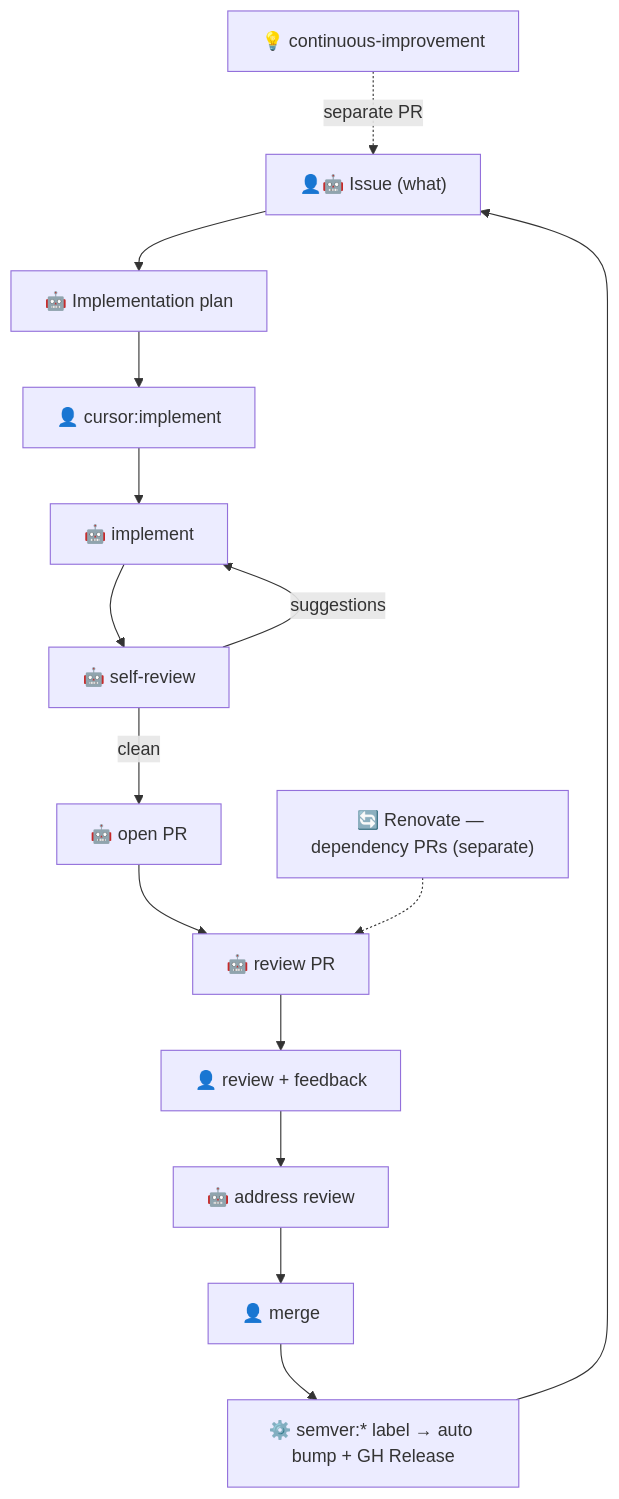
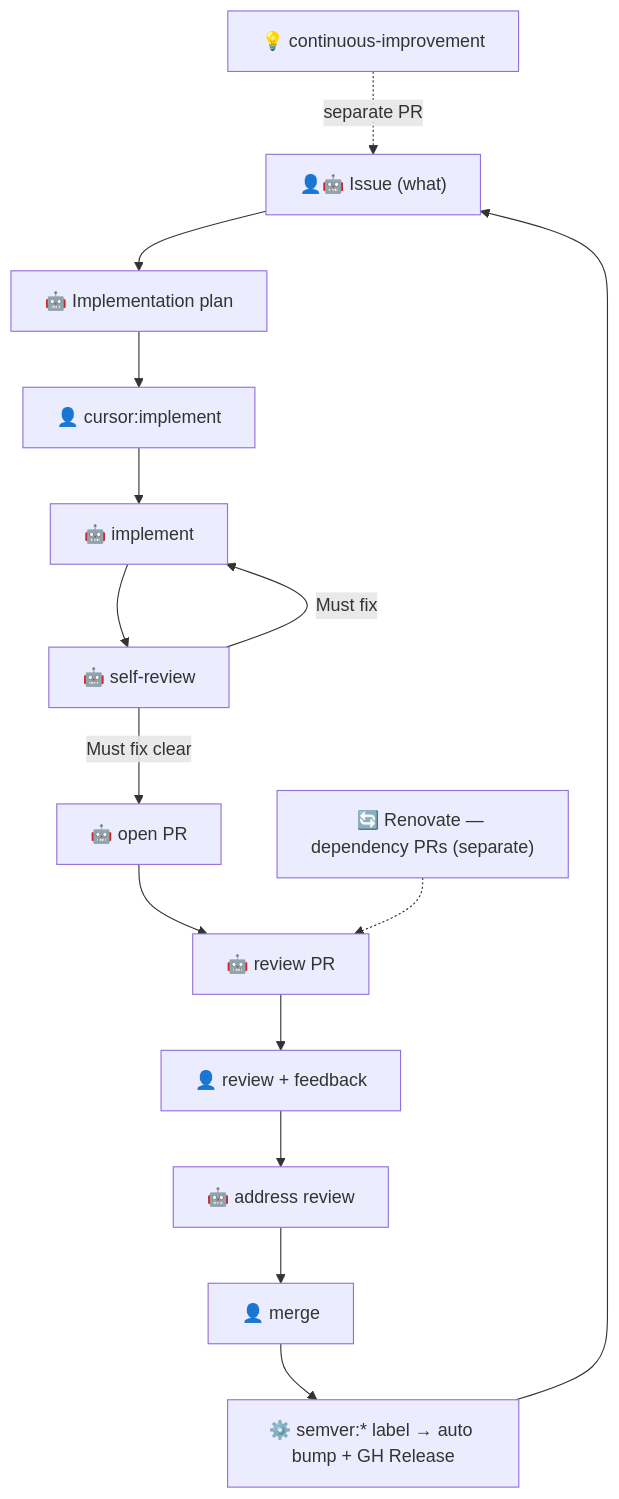
One commit to syakoo/syakoo-lab changed the diagram in .cursor/rules/ai-workflow.mdc. Above: the diagram before and after it, drawn with Mermaid. The commit also changed other lines of this file and 6 other files, not shown here.

````diff
--- a/.cursor/rules/ai-workflow.mdc
+++ b/.cursor/rules/ai-workflow.mdc
@@ -22,17 +22,17 @@
 ```mermaid
 flowchart TD
   A["👤🤖 Issue (what)"] --> B["🤖 Implementation plan"]
   B --> C["👤 cursor:implement"]
   C --> D["🤖 implement"]
   D --> S["🤖 self-review"]
-  S -->|"suggestions"| D
-  S -->|"clean"| P["🤖 open PR"]
+  S -->|"Must fix"| D
+  S -->|"Must fix clear"| P["🤖 open PR"]
   P --> E["🤖 review PR"]
   E --> F["👤 review + feedback"]
   F --> G["🤖 address review"]
   G --> H["👤 merge"]
   H --> J["⚙️ semver:* label → auto bump + GH Release"]
   J --> A
   L["💡 continuous-improvement"] -.separate PR.-> A
   R["🔄 Renovate — dependency PRs (separate)"] -.-> E
 ```
````
